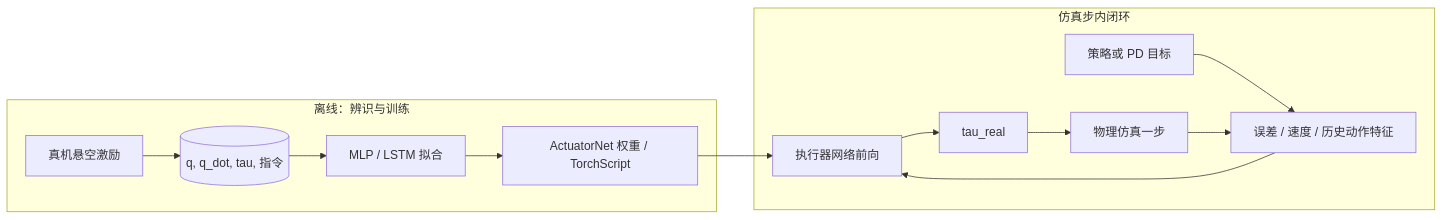
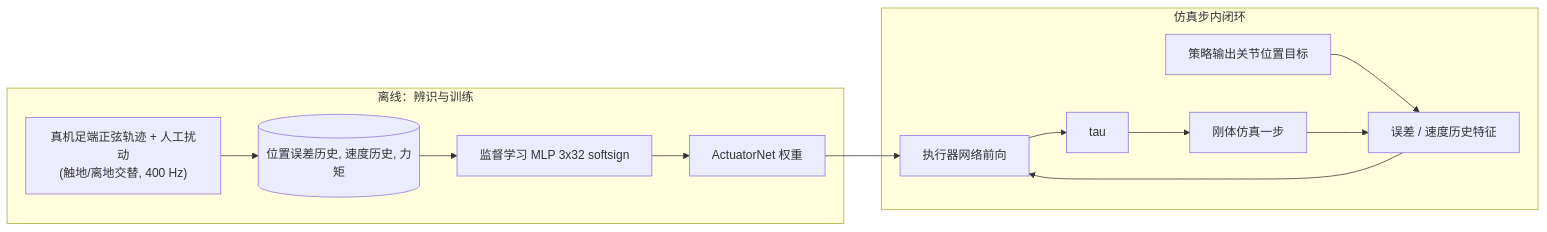
Before and after one commit to ImChong/Robotics_Notebooks: the diagram in wiki/methods/actuator-network.md, drawn with Mermaid. The commit also changed other lines of this file and 31 other files, not shown here.

````diff
--- a/wiki/methods/actuator-network.md
+++ b/wiki/methods/actuator-network.md
@@ -62,16 +70,16 @@
 ```mermaid
 flowchart LR
   subgraph offline["离线：辨识与训练"]
-    R[真机悬空激励] --> D[(q, q_dot, tau, 指令)]
-    D --> T[MLP / LSTM 拟合]
-    T --> W[ActuatorNet 权重 / TorchScript]
+    R["真机足端正弦轨迹 + 人工扰动\n(触地/离地交替, 400 Hz)"] --> D[("位置误差历史, 速度历史, 力矩")]
+    D --> T["监督学习 MLP 3x32 softsign"]
+    T --> W["ActuatorNet 权重"]
   end
   subgraph sim["仿真步内闭环"]
-    P[策略或 PD 目标] --> F[误差 / 速度 / 历史动作特征]
-    W --> N[执行器网络前向]
+    P["策略输出关节位置目标"] --> F["误差 / 速度历史特征"]
+    W --> N["执行器网络前向"]
     F --> N
-    N --> Tau[tau_real]
-    Tau --> Phy[物理仿真一步]
+    N --> Tau["tau"]
+    Tau --> Phy["刚体仿真一步"]
     Phy --> F
   end
 ```
````
